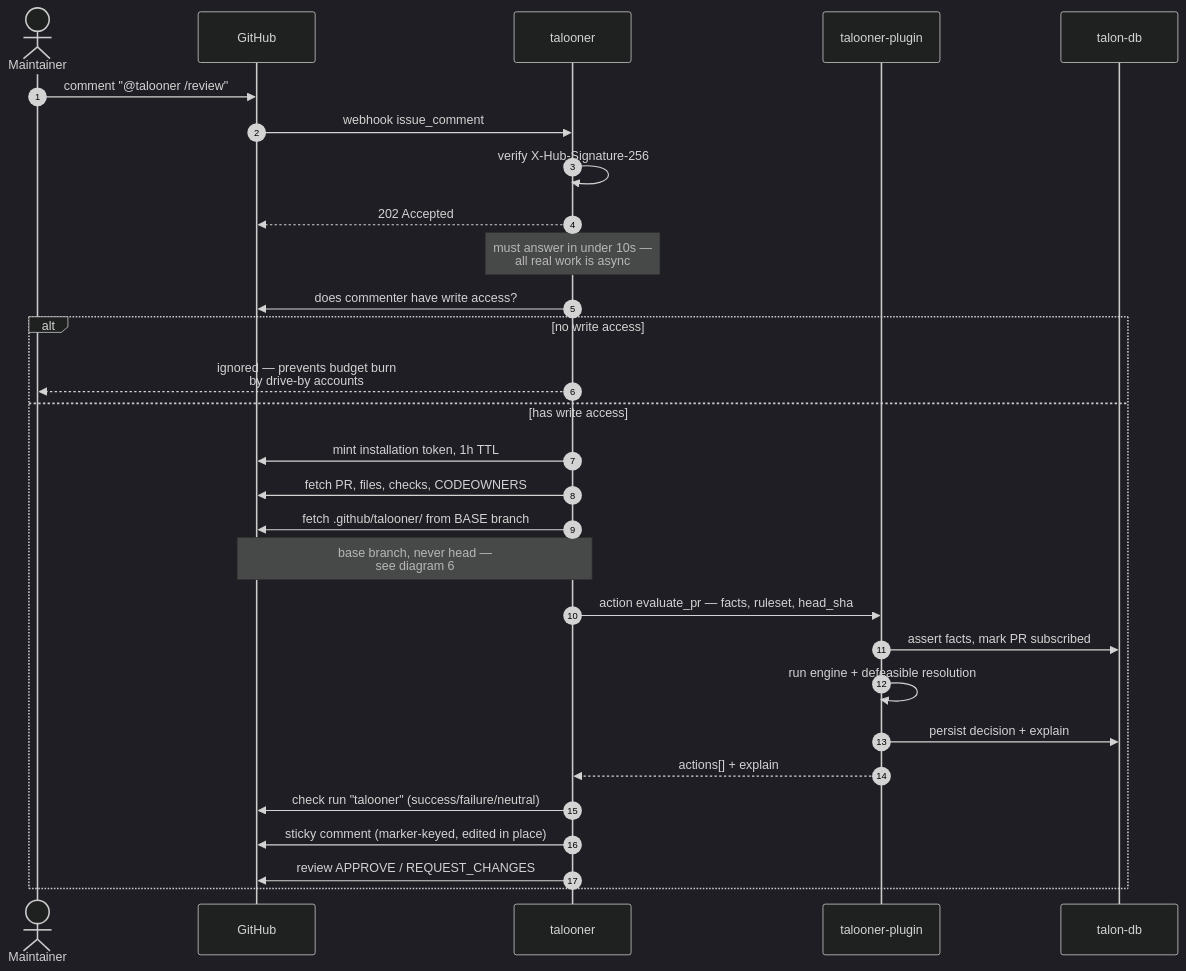
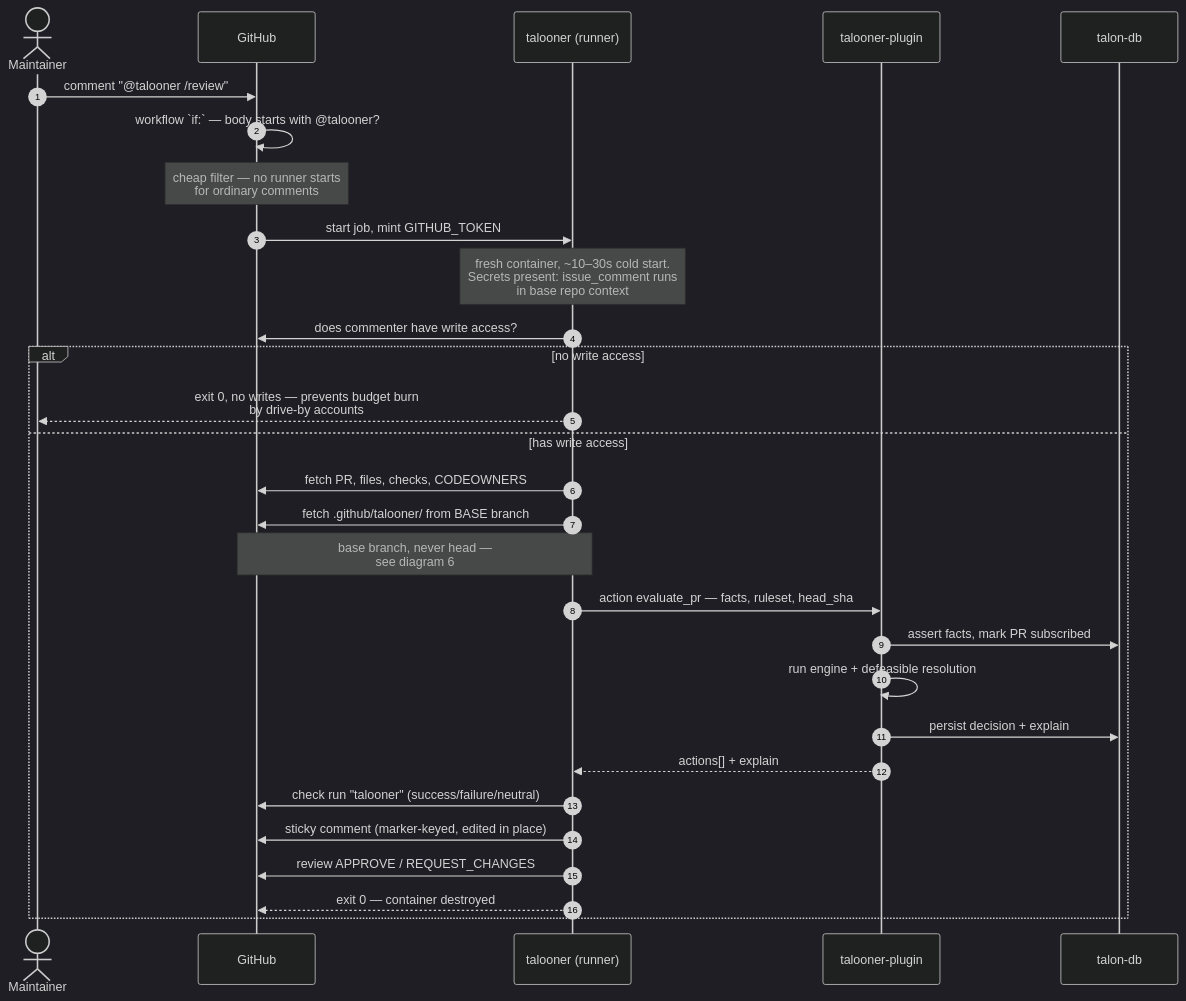
The fourth of 10 diagrams in diagrams.md (opentalon/talooner), drawn with Mermaid (dark theme) before and after one commit. The commit also changed other lines of this file and 7 other files, not shown here.

````diff
--- a/diagrams.md
+++ b/diagrams.md
@@ -202,35 +210,35 @@
 ```mermaid
 sequenceDiagram
     autonumber
     actor Dev as Maintainer
     participant GH as GitHub
-    participant Bot as talooner
+    participant Bot as talooner (runner)
     participant Plug as talooner-plugin
     participant DB as talon-db
 
     Dev->>GH: comment "@talooner /review"
-    GH->>Bot: webhook issue_comment
-    Bot->>Bot: verify X-Hub-Signature-256
-    Bot-->>GH: 202 Accepted
-    Note over Bot: must answer in under 10s —<br/>all real work is async
+    GH->>GH: workflow `if:` — body starts with @talooner?
+    Note over GH: cheap filter — no runner starts<br/>for ordinary comments
+    GH->>Bot: start job, mint GITHUB_TOKEN
+    Note over Bot: fresh container, ~10–30s cold start.<br/>Secrets present: issue_comment runs<br/>in base repo context
 
     Bot->>GH: does commenter have write access?
     alt no write access
-        Bot-->>Dev: ignored — prevents budget burn<br/>by drive-by accounts
+        Bot-->>Dev: exit 0, no writes — prevents budget burn<br/>by drive-by accounts
     else has write access
-        Bot->>GH: mint installation token, 1h TTL
         Bot->>GH: fetch PR, files, checks, CODEOWNERS
         Bot->>GH: fetch .github/talooner/ from BASE branch
         Note over Bot,GH: base branch, never head —<br/>see diagram 6
 
         Bot->>Plug: action evaluate_pr — facts, ruleset, head_sha
         Plug->>DB: assert facts, mark PR subscribed
         Plug->>Plug: run engine + defeasible resolution
         Plug->>DB: persist decision + explain
         Plug-->>Bot: actions[] + explain
 
         Bot->>GH: check run "talooner" (success/failure/neutral)
         Bot->>GH: sticky comment (marker-keyed, edited in place)
         Bot->>GH: review APPROVE / REQUEST_CHANGES
+        Bot-->>GH: exit 0 — container destroyed
     end
 ```
````
